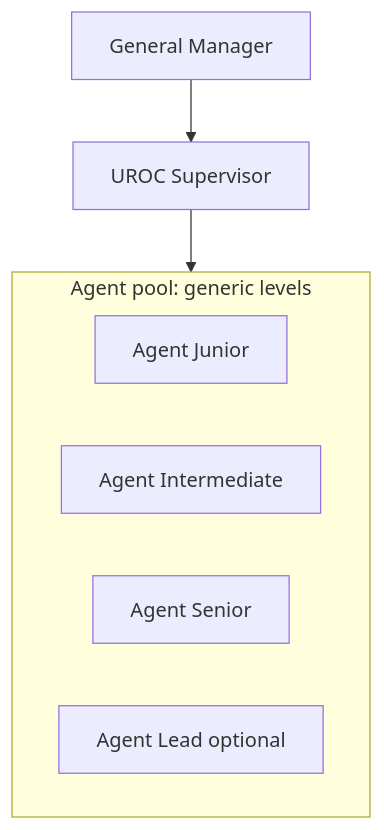
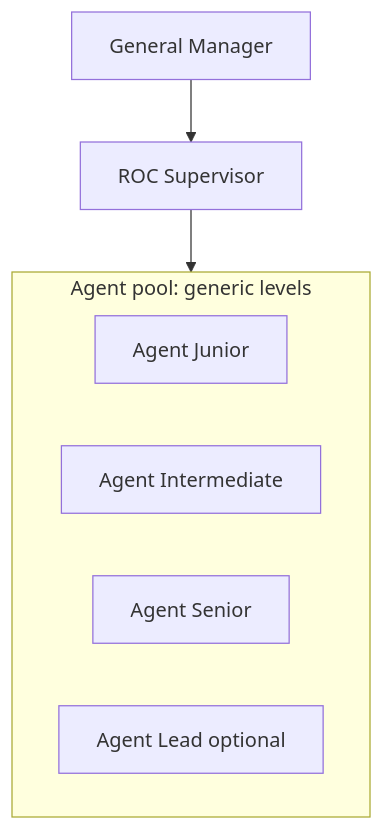
The diagram in docs/org/org-chart.md (r-gismondi/marine-technologies-roc), drawn with Mermaid before and after one commit. The commit also changed other lines of this file and 40 other files, not shown here.

First line of the commit message:
Rename the department from UROC to ROC

````diff
--- a/docs/org/org-chart.md
+++ b/docs/org/org-chart.md
@@ -11,13 +11,13 @@
 ```mermaid
 flowchart TB
   GM[General Manager]
-  SUP[UROC Supervisor]
+  SUP[ROC Supervisor]
   GM --> SUP
   subgraph agents [Agent pool: generic levels]
     AJ[Agent Junior]
     AI[Agent Intermediate]
     AS[Agent Senior]
     AL[Agent Lead optional]
   end
   SUP --> agents
 ```
````
